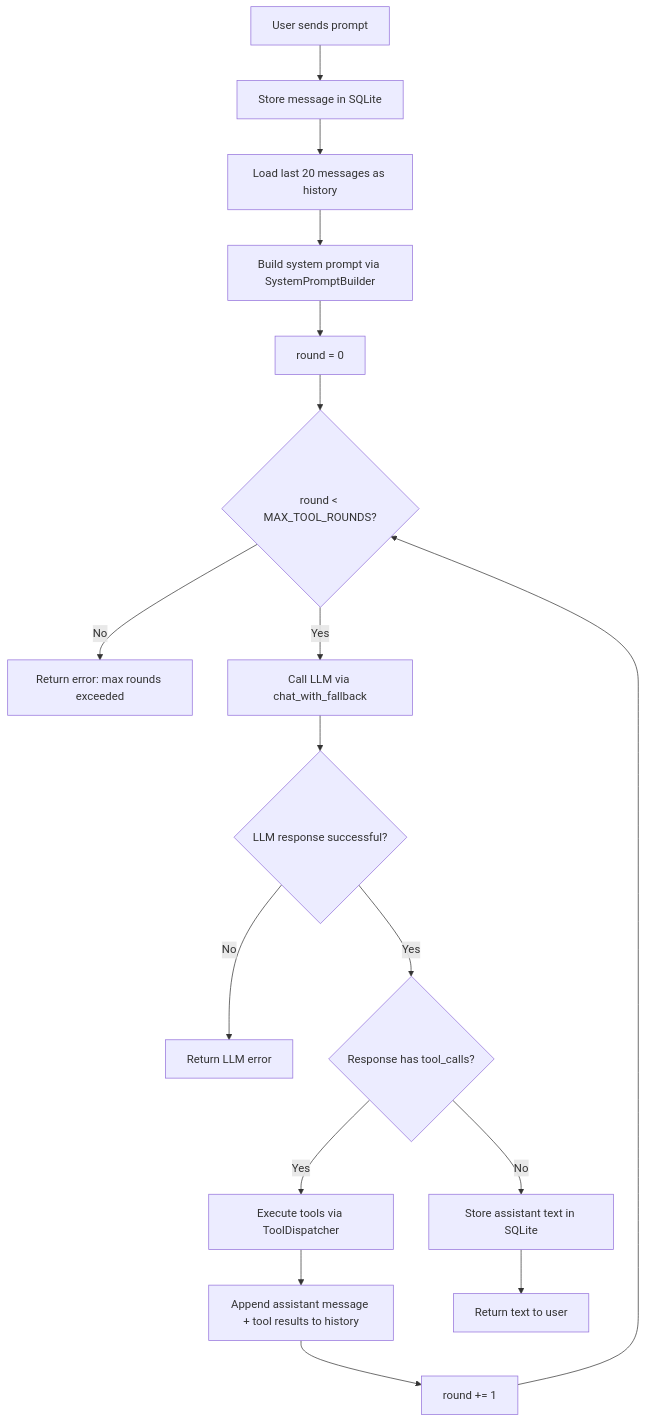
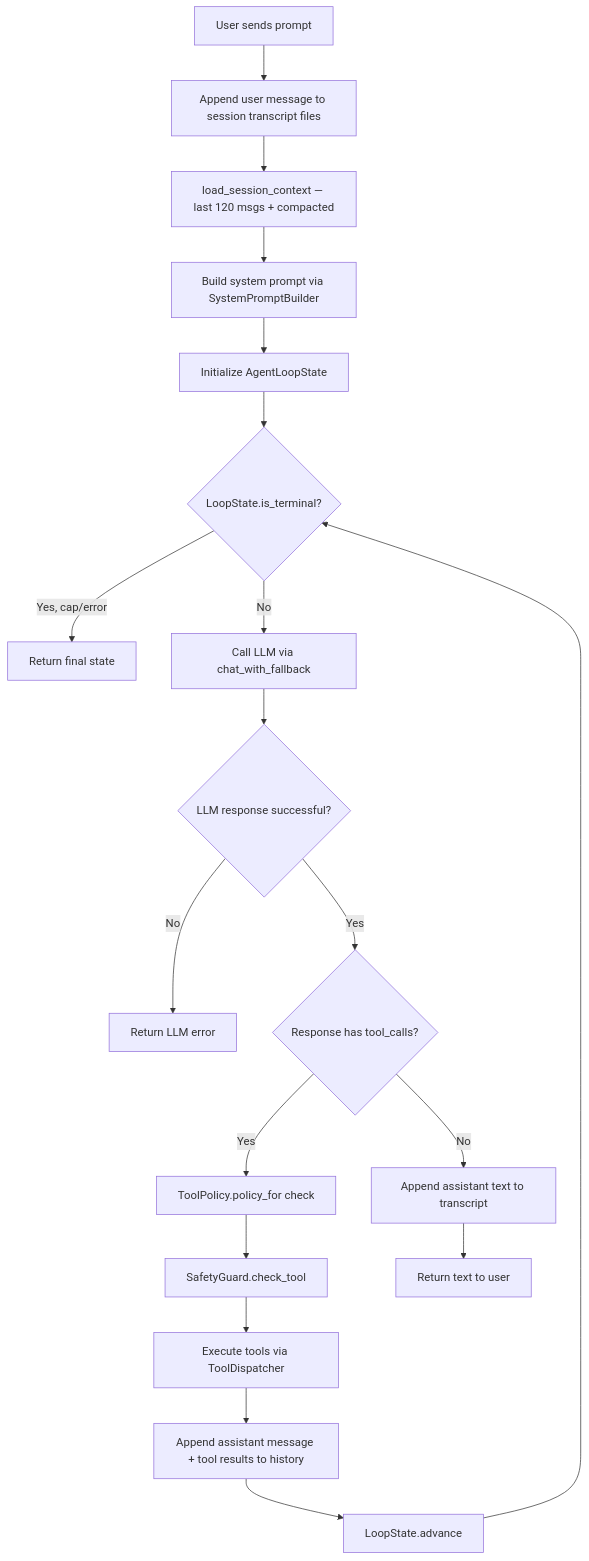
One commit to ashuksingh11/tizenclaw changed the first of 5 diagrams in docs_detailed/04_AGENTIC_AI_CONCEPTS.md. Above: the diagram before and after it, drawn with Mermaid. The commit also changed other lines of this file and 15 other files, not shown here.

````diff
--- a/docs_detailed/04_AGENTIC_AI_CONCEPTS.md
+++ b/docs_detailed/04_AGENTIC_AI_CONCEPTS.md
@@ -48,19 +50,21 @@
 ```mermaid
 flowchart TD
-    A[User sends prompt] --> B[Store message in SQLite]
-    B --> C[Load last 20 messages as history]
+    A[User sends prompt] --> B[Append user message to session transcript files]
+    B --> C[load_session_context — last 120 msgs + compacted]
     C --> D[Build system prompt via SystemPromptBuilder]
-    D --> E[round = 0]
-    E --> F{round < MAX_TOOL_ROUNDS?}
-    F -- No --> G[Return error: max rounds exceeded]
-    F -- Yes --> H[Call LLM via chat_with_fallback]
+    D --> E[Initialize AgentLoopState]
+    E --> F{LoopState.is_terminal?}
+    F -- Yes, cap/error --> G[Return final state]
+    F -- No --> H[Call LLM via chat_with_fallback]
     H --> I{LLM response successful?}
     I -- No --> J[Return LLM error]
     I -- Yes --> K{Response has tool_calls?}
-    K -- Yes --> L[Execute tools via ToolDispatcher]
+    K -- Yes --> P1[ToolPolicy.policy_for check]
+    P1 --> P2[SafetyGuard.check_tool]
+    P2 --> L[Execute tools via ToolDispatcher]
     L --> M[Append assistant message + tool results to history]
-    M --> N[round += 1]
+    M --> N[LoopState.advance]
     N --> F
-    K -- No --> O[Store assistant text in SQLite]
-    O --> P[Return text to user]
+    K -- No --> O[Append assistant text to transcript]
+    O --> R[Return text to user]
 ```
````
